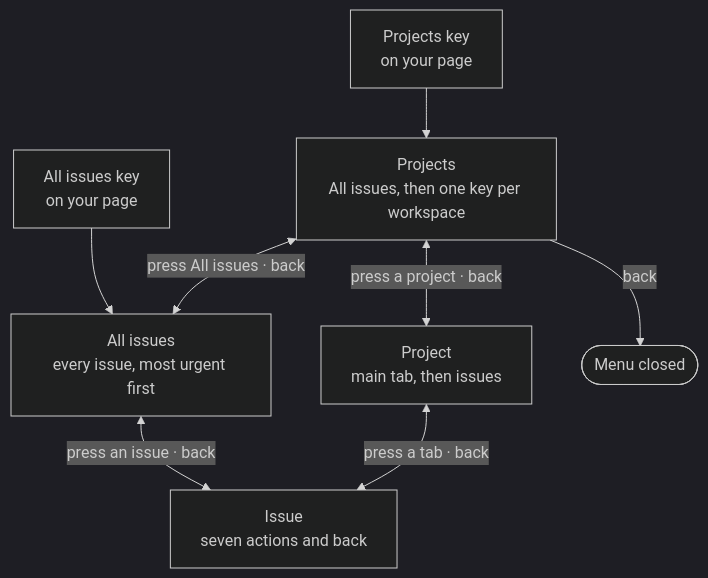
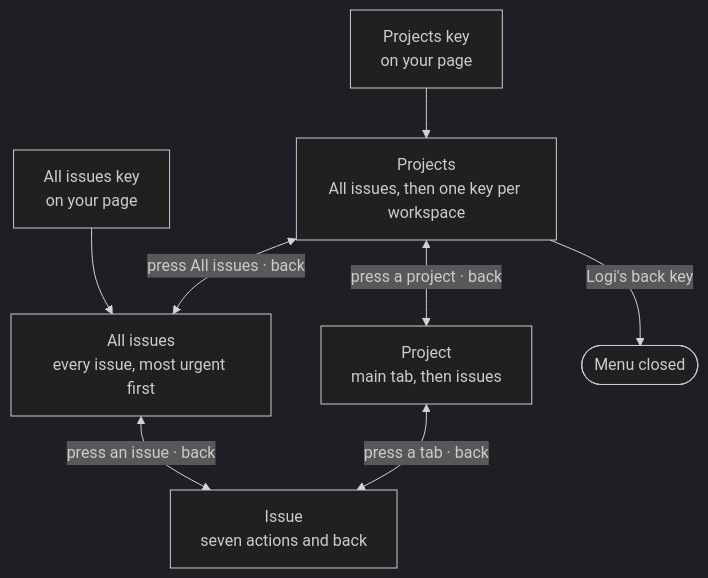
Before and after one commit to PieterLuypaert/helm: the first of 6 diagrams in docs/flows.md, drawn with Mermaid (dark theme). The commit also changed other lines of this file, not shown here.

Commit message:
docs: Logi's back key closes the menu on the projects page

````diff
--- a/docs/flows.md
+++ b/docs/flows.md
@@ -47,10 +47,10 @@
 ```mermaid
 flowchart TD
     key["Projects key<br/>on your page"] --> projects["Projects<br/>All issues, then one key per workspace"]
     allIssues["All issues key<br/>on your page"] --> overview
     projects <-->|"press All issues · back"| overview["All issues<br/>every issue, most urgent first"]
     projects <-->|"press a project · back"| project["Project<br/>main tab, then issues"]
     overview <-->|"press an issue · back"| issue["Issue<br/>seven actions and back"]
     project <-->|"press a tab · back"| issue
-    projects -->|back| closed(["Menu closed"])
+    projects -->|"Logi's back key"| closed(["Menu closed"])
 ```
````
